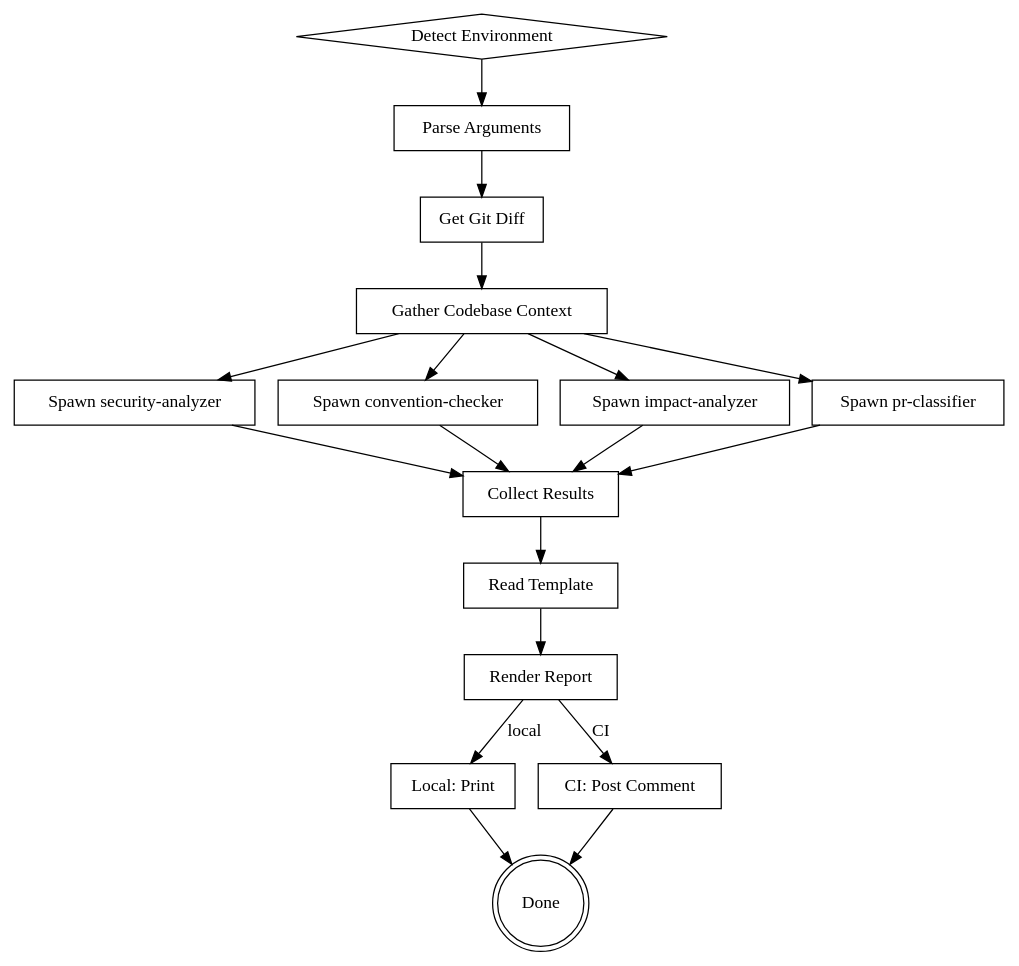
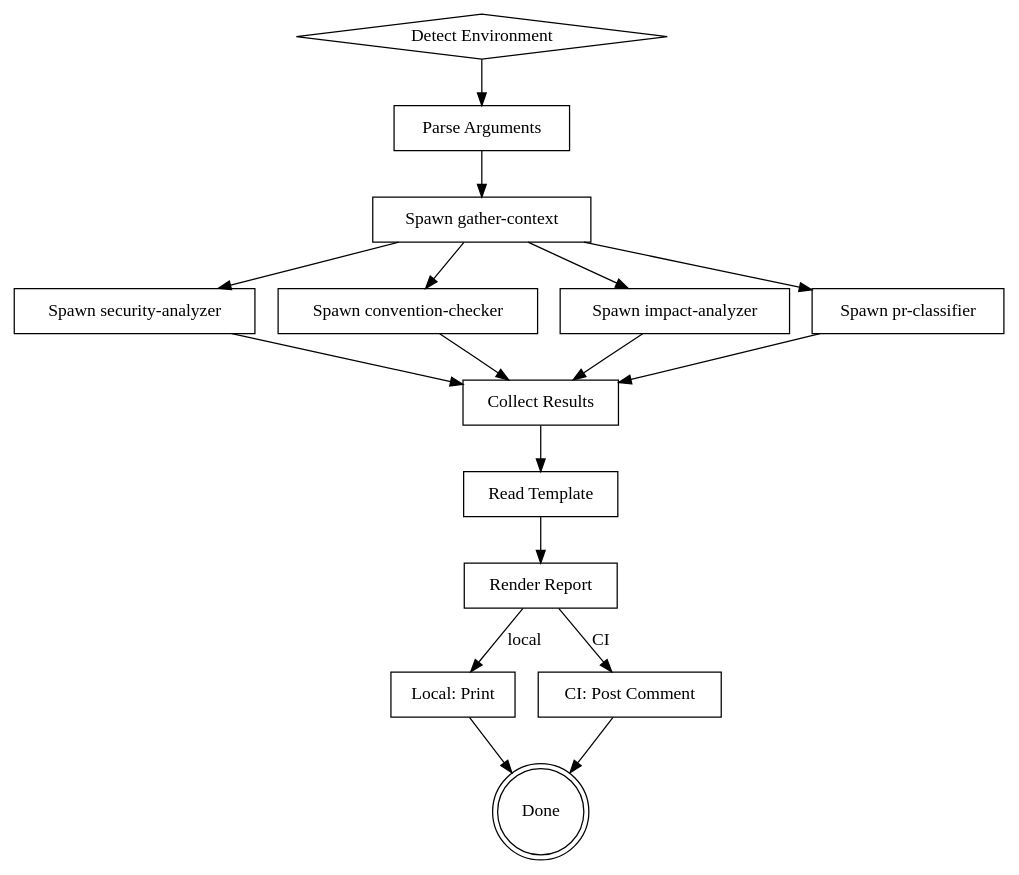
Before and after one commit to satriachandrayw/claude-plugin-marketplaces: the diagram in pr-review/skills/pr-review/SKILL.md, drawn with Graphviz. The commit also changed other lines of this file, not shown here.

First line of the commit message:
fix(pr-review): spawn gather-context agent in Phase 1 instead of inline work

````diff
--- a/pr-review/skills/pr-review/SKILL.md
+++ b/pr-review/skills/pr-review/SKILL.md
@@ -321,38 +289,36 @@
 ```dot
 digraph pr_review {
     rankdir=TB;
 
     "Detect Environment" [shape=diamond];
     "Parse Arguments" [shape=box];
-    "Get Git Diff" [shape=box];
-    "Gather Codebase Context" [shape=box];
+    "Spawn gather-context" [shape=box];
     "Spawn security-analyzer" [shape=box];
     "Spawn convention-checker" [shape=box];
     "Spawn impact-analyzer" [shape=box];
     "Spawn pr-classifier" [shape=box];
     "Collect Results" [shape=box];
     "Read Template" [shape=box];
     "Render Report" [shape=box];
     "Local: Print" [shape=box];
     "CI: Post Comment" [shape=box];
     "Done" [shape=doublecircle];
 
     "Detect Environment" -> "Parse Arguments";
-    "Parse Arguments" -> "Get Git Diff";
-    "Get Git Diff" -> "Gather Codebase Context";
-    "Gather Codebase Context" -> "Spawn security-analyzer";
-    "Gather Codebase Context" -> "Spawn convention-checker";
-    "Gather Codebase Context" -> "Spawn impact-analyzer";
-    "Gather Codebase Context" -> "Spawn pr-classifier";
+    "Parse Arguments" -> "Spawn gather-context";
+    "Spawn gather-context" -> "Spawn security-analyzer";
+    "Spawn gather-context" -> "Spawn convention-checker";
+    "Spawn gather-context" -> "Spawn impact-analyzer";
+    "Spawn gather-context" -> "Spawn pr-classifier";
     "Spawn security-analyzer" -> "Collect Results";
     "Spawn convention-checker" -> "Collect Results";
     "Spawn impact-analyzer" -> "Collect Results";
     "Spawn pr-classifier" -> "Collect Results";
     "Collect Results" -> "Read Template";
     "Read Template" -> "Render Report";
     "Render Report" -> "Local: Print" [label="local"];
     "Render Report" -> "CI: Post Comment" [label="CI"];
     "Local: Print" -> "Done";
     "CI: Post Comment" -> "Done";
 }
 ```
````
